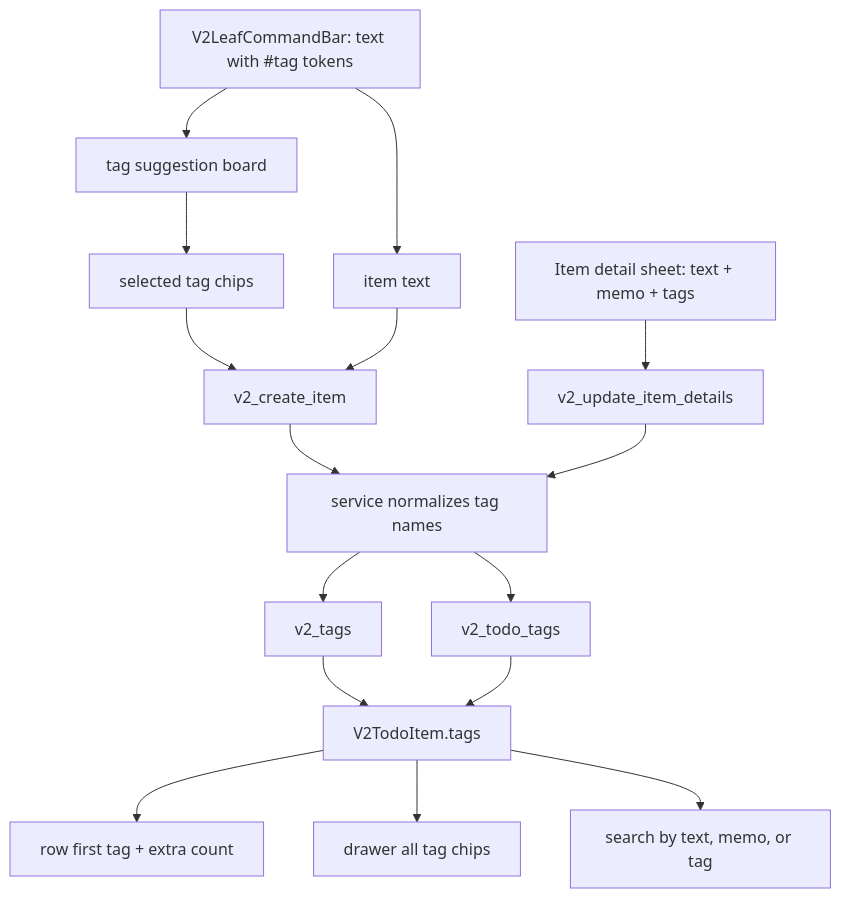
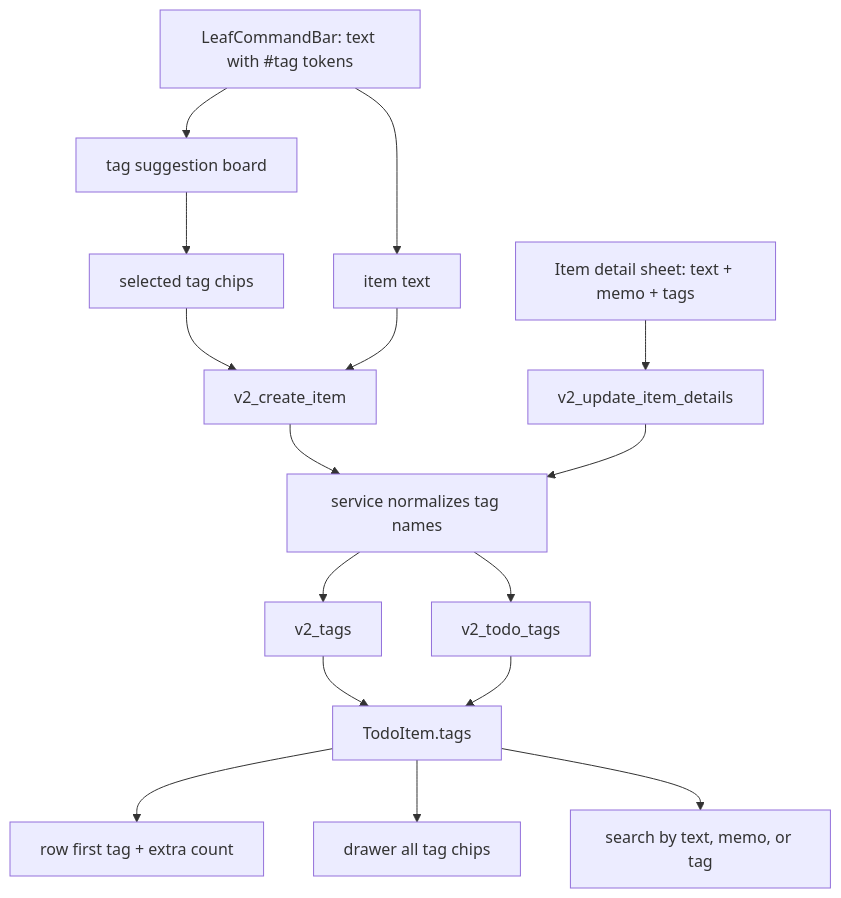
Before and after one commit to U-Keun/Tickly: the diagram in docs/v2-notes/010-item-tags-direction.md, drawn with Mermaid. The commit also changed other lines of this file and 167 other files, not shown here.

````diff
--- a/docs/v2-notes/010-item-tags-direction.md
+++ b/docs/v2-notes/010-item-tags-direction.md
@@ -9,18 +9,18 @@
 ```mermaid
 flowchart TB
-  Input["V2LeafCommandBar: text with #tag tokens"] --> Suggest["tag suggestion board"]
+  Input["LeafCommandBar: text with #tag tokens"] --> Suggest["tag suggestion board"]
   Suggest --> Selected["selected tag chips"]
   Input --> Text["item text"]
   Selected --> Create["v2_create_item"]
   Text --> Create
   Detail["Item detail sheet: text + memo + tags"] --> Update["v2_update_item_details"]
   Create --> Service["service normalizes tag names"]
   Update --> Service
   Service --> Tags["v2_tags"]
   Service --> Join["v2_todo_tags"]
-  Tags --> Item["V2TodoItem.tags"]
+  Tags --> Item["TodoItem.tags"]
   Join --> Item
   Item --> Row["row first tag + extra count"]
   Item --> Drawer["drawer all tag chips"]
   Item --> Search["search by text, memo, or tag"]
 ```
````
